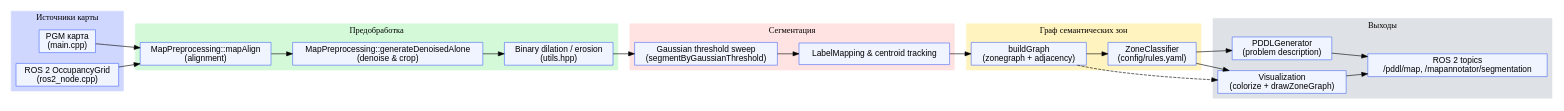
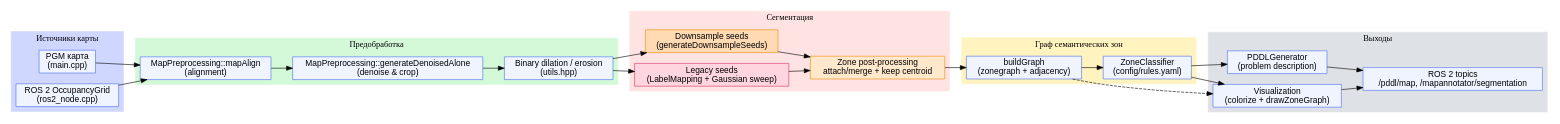
One commit to ARDev1161/mapannotator changed the diagram in docs/architecture.dot. Above: the diagram before and after it, drawn with Graphviz. The commit also changed 4 other files, not shown here.

Commit message:
Refresh diagrams and docs for downsample mode

```diff
--- a/docs/architecture.dot
+++ b/docs/architecture.dot
@@ -1,55 +1,59 @@
 digraph Architecture {
     rankdir=LR;
     node [shape=rectangle, style=filled, fillcolor="#f0f4ff", color="#4c6ef5", fontname="Helvetica"];
 
     subgraph cluster_inputs {
         label="Источники карты";
         style=filled;
         color="#d0d7ff";
         pgm [label="PGM карта\n(main.cpp)"];
         ros [label="ROS 2 OccupancyGrid\n(ros2_node.cpp)"];
     }
 
     subgraph cluster_pre {
         label="Предобработка";
         style=filled;
         color="#d3f9d8";
         align [label="MapPreprocessing::mapAlign\n(alignment)"];
         denoise [label="MapPreprocessing::generateDenoisedAlone\n(denoise & crop)"];
         morph [label="Binary dilation / erosion\n(utils.hpp)"];
     }
 
     subgraph cluster_seg {
         label="Сегментация";
         style=filled;
         color="#ffe3e3";
-        gauss [label="Gaussian threshold sweep\n(segmentByGaussianThreshold)"];
-        labelmap [label="LabelMapping & centroid tracking"];
+        downsample [label="Downsample seeds\n(generateDownsampleSeeds)", fillcolor="#ffdab3", color="#f08c00"];
+        legacy [label="Legacy seeds\n(LabelMapping + Gaussian sweep)", fillcolor="#ffd6e0", color="#d6336c"];
+        post [label="Zone post-processing\nattach/merge + keep centroid", fillcolor="#ffe8cc", color="#f08c00"];
     }
 
     subgraph cluster_graph {
         label="Граф семантических зон";
         style=filled;
         color="#fff3bf";
         graphbuild [label="buildGraph\n(zonegraph + adjacency)"];
         classify [label="ZoneClassifier\n(config/rules.yaml)"];
     }
 
     subgraph cluster_outputs {
         label="Выходы";
         style=filled;
         color="#dee2e6";
         pddl [label="PDDLGenerator\n(problem description)"];
         viz [label="Visualization\n(colorize + drawZoneGraph)"];
         rosout [label="ROS 2 topics\n/pddl/map, /mapannotator/segmentation"];
     }
 
     pgm -> align;
     ros -> align;
-    align -> denoise -> morph -> gauss -> labelmap -> graphbuild -> classify;
+    align -> denoise -> morph;
+    morph -> downsample -> post;
+    morph -> legacy -> post;
+    post -> graphbuild -> classify;
     classify -> pddl;
     classify -> viz;
     pddl -> rosout;
     viz -> rosout;
     graphbuild -> viz [style=dashed];
 }
```
